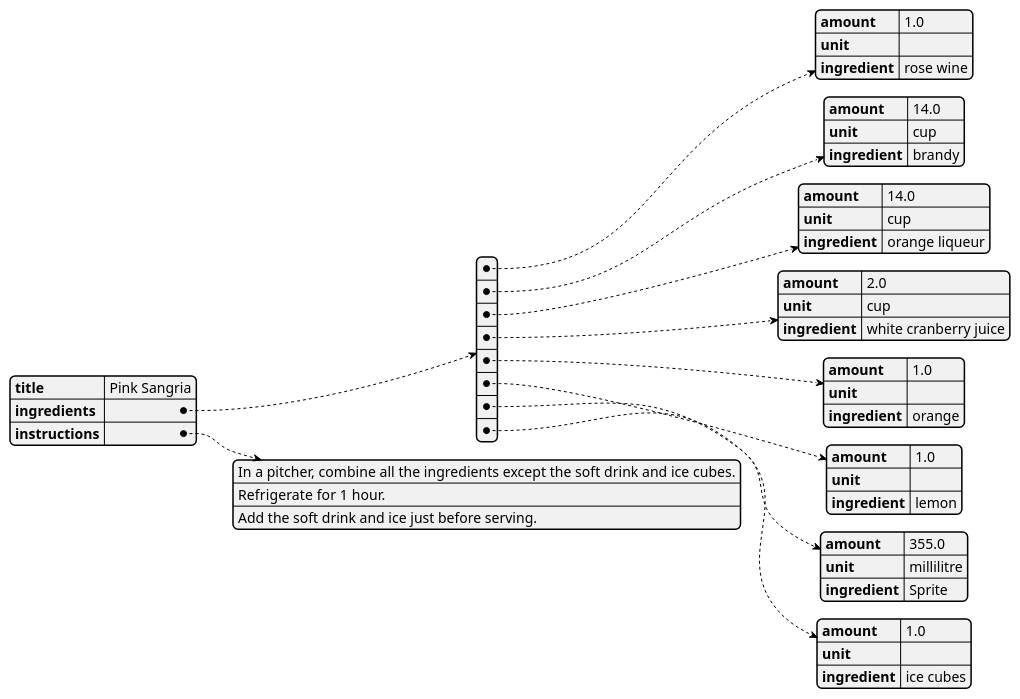
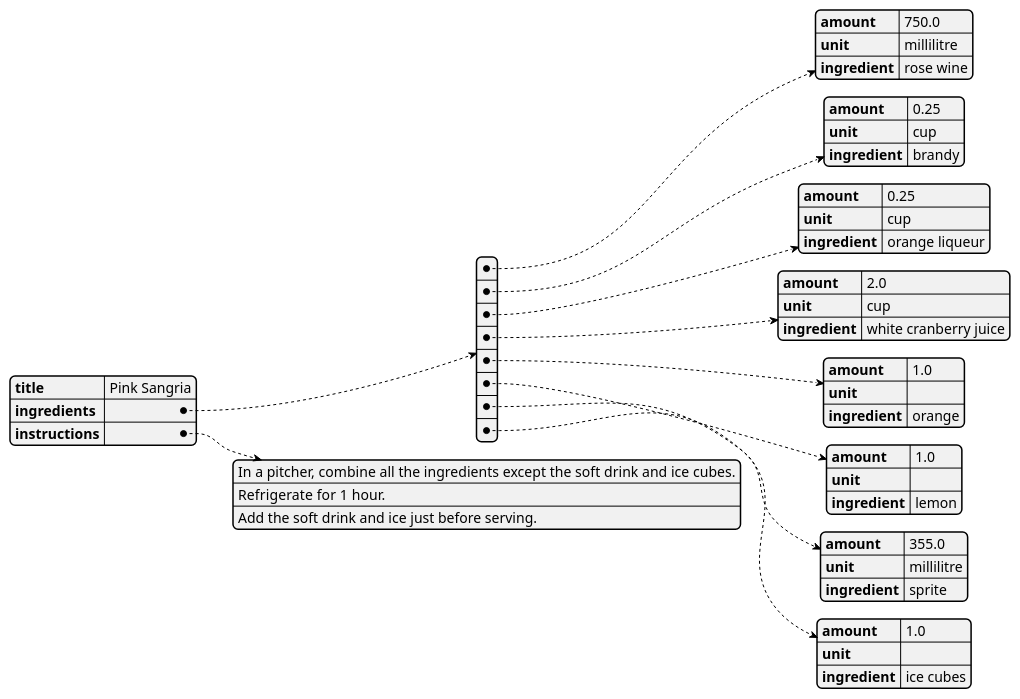
The diagram in data/recipe1M/parser/uml/data_structure.puml (mscholl96/mad-recime), drawn with PlantUML before and after one commit.

Commit message:
#12 modified data struct puml

```diff
--- a/data/recipe1M/parser/uml/data_structure.puml
+++ b/data/recipe1M/parser/uml/data_structure.puml
@@ -1,52 +1,52 @@
 @startjson
 {
-"title":"Pink Sangria",
-    "ingredients":[
-      {
-        "amount":1.0,
-        "unit":"",
-        "ingredient":"rose wine"
-      },
-      {
-        "amount":14.0,
-        "unit":"cup",
-        "ingredient":"brandy"
-      },
-      {
-        "amount":14.0,
-        "unit":"cup",
-        "ingredient":"orange liqueur"
-      },
-      {
-        "amount":2.0,
-        "unit":"cup",
-        "ingredient":"white cranberry juice"
-      },
-      {
-        "amount":1.0,
-        "unit":"",
-        "ingredient":"orange"
-      },
-      {
-        "amount":1.0,
-        "unit":"",
-        "ingredient":"lemon"
-      },
-      {
-        "amount":355.0,
-        "unit":"millilitre",
-        "ingredient":"Sprite"
-      },
-      {
-        "amount":1.0,
-        "unit":"",
-        "ingredient":"ice cubes"
-      }
-    ],
-    "instructions":[
-      "In a pitcher, combine all the ingredients except the soft drink and ice cubes.",
-      "Refrigerate for 1 hour.",
-      "Add the soft drink and ice just before serving."
-    ]
+"title": "Pink Sangria",
+        "ingredients": [
+            {
+                "amount": 750.0,
+                "unit": "millilitre",
+                "ingredient": "rose wine"
+            },
+            {
+                "amount": 0.25,
+                "unit": "cup",
+                "ingredient": "brandy"
+            },
+            {
+                "amount": 0.25,
+                "unit": "cup",
+                "ingredient": "orange liqueur"
+            },
+            {
+                "amount": 2.0,
+                "unit": "cup",
+                "ingredient": "white cranberry juice"
+            },
+            {
+                "amount": 1.0,
+                "unit": "",
+                "ingredient": "orange"
+            },
+            {
+                "amount": 1.0,
+                "unit": "",
+                "ingredient": "lemon"
+            },
+            {
+                "amount": 355.0,
+                "unit": "millilitre",
+                "ingredient": "sprite"
+            },
+            {
+                "amount": 1.0,
+                "unit": "",
+                "ingredient": "ice cubes"
+            }
+        ],
+        "instructions": [
+            "In a pitcher, combine all the ingredients except the soft drink and ice cubes.",
+            "Refrigerate for 1 hour.",
+            "Add the soft drink and ice just before serving."
+        ]
 }
 @endjson
```
